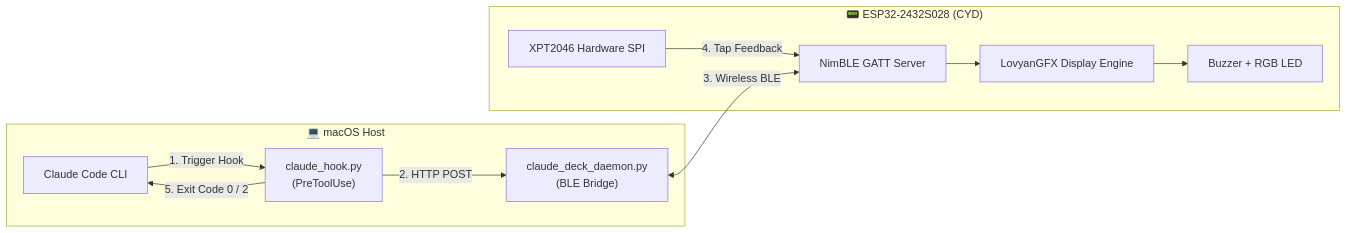
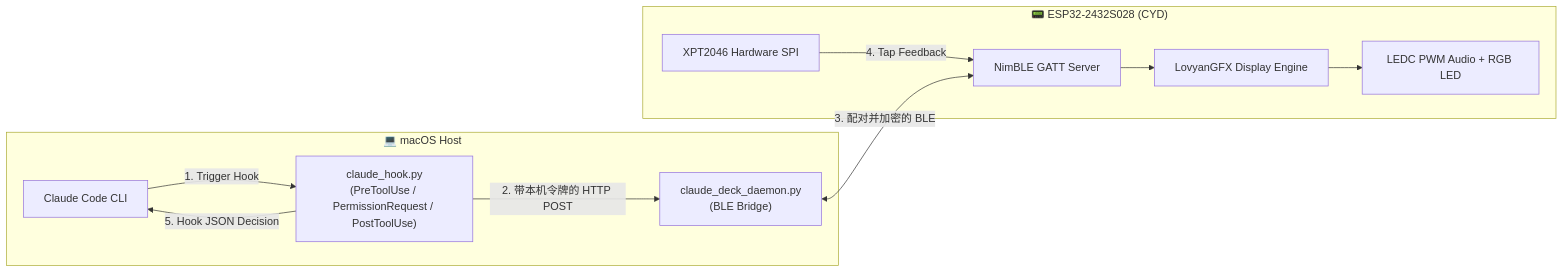
One commit to leilintao/claude-deck changed the diagram in README.md. Above: the diagram before and after it, drawn with Mermaid. The commit also changed other lines of this file and 31 other files, not shown here.

````diff
--- a/README.md
+++ b/README.md
@@ -30,25 +30,25 @@
 ```mermaid
 flowchart LR
     subgraph Mac ["💻 macOS Host"]
         CC["Claude Code CLI"]
-        Hook["claude_hook.py<br/>(PreToolUse)"]
+        Hook["claude_hook.py<br/>(PreToolUse / PermissionRequest / PostToolUse)"]
         Daemon["claude_deck_daemon.py<br/>(BLE Bridge)"]
         
         CC -- 1. Trigger Hook --> Hook
-        Hook -- 2. HTTP POST --> Daemon
+    Hook -- 2. 带本机令牌的 HTTP POST --> Daemon
     end
 
     subgraph ESP ["📟 ESP32-2432S028 (CYD)"]
         BLE["NimBLE GATT Server"]
         UI["LovyanGFX Display Engine"]
         Touch["XPT2046 Hardware SPI"]
-        Alert["Buzzer + RGB LED"]
+        Alert["LEDC PWM Audio + RGB LED"]
 
         BLE --> UI
         UI --> Alert
         Touch -- 4. Tap Feedback --> BLE
     end
 
-    Daemon <-- 3. Wireless BLE --> BLE
-    Hook -- 5. Exit Code 0 / 2 --> CC
+    Daemon <-- 3. 配对并加密的 BLE --> BLE
+    Hook -- 5. Hook JSON Decision --> CC
 ```
````
